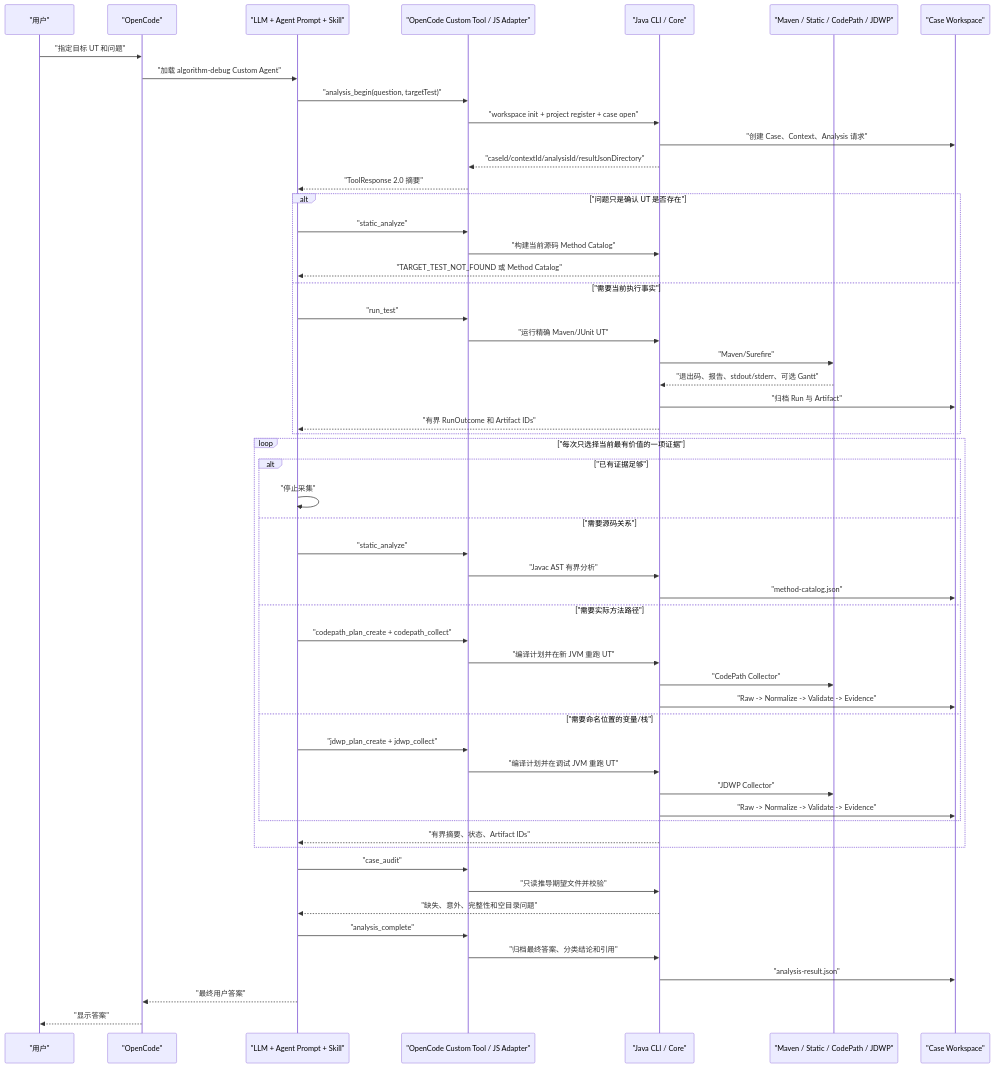
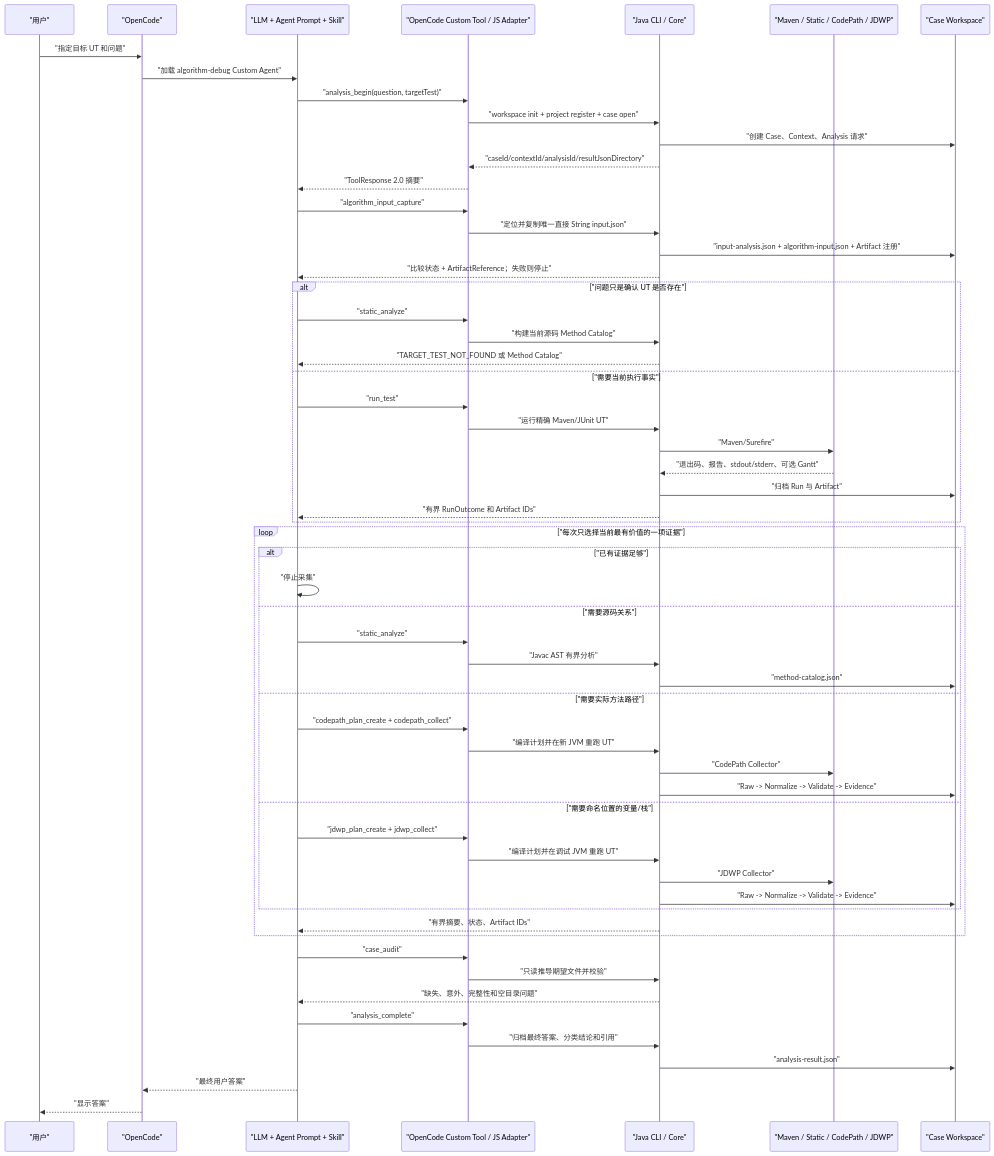
The diagram in docs/algorithm-debug-workflow-and-artifacts.md (mh90901119-oss/algorithm-debug-agent), drawn with Mermaid before and after one commit. The commit also changed other lines of this file and 71 other files, not shown here.

Commit message:
feat: add algorithm input capture and portable lifecycle

````diff
--- a/docs/algorithm-debug-workflow-and-artifacts.md
+++ b/docs/algorithm-debug-workflow-and-artifacts.md
@@ -15,61 +15,66 @@
 ```mermaid
 sequenceDiagram
     participant U as "用户"
     participant O as "OpenCode"
     participant L as "LLM + Agent Prompt + Skill"
     participant T as "OpenCode Custom Tool / JS Adapter"
     participant C as "Java CLI / Core"
     participant P as "Maven / Static / CodePath / JDWP"
     participant W as "Case Workspace"
 
     U->>O: "指定目标 UT 和问题"
     O->>L: "加载 algorithm-debug Custom Agent"
     L->>T: "analysis_begin(question, targetTest)"
     T->>C: "workspace init + project register + case open"
     C->>W: "创建 Case、Context、Analysis 请求"
     C-->>T: "caseId/contextId/analysisId/resultJsonDirectory"
     T-->>L: "ToolResponse 2.0 摘要"
+
+    L->>T: "algorithm_input_capture"
+    T->>C: "定位并复制唯一直接 String input.json"
+    C->>W: "input-analysis.json + algorithm-input.json + Artifact 注册"
+    C-->>L: "比较状态 + ArtifactReference；失败则停止"
 
     alt "问题只是确认 UT 是否存在"
         L->>T: "static_analyze"
         T->>C: "构建当前源码 Method Catalog"
         C-->>L: "TARGET_TEST_NOT_FOUND 或 Method Catalog"
     else "需要当前执行事实"
         L->>T: "run_test"
         T->>C: "运行精确 Maven/JUnit UT"
         C->>P: "Maven/Surefire"
         P-->>C: "退出码、报告、stdout/stderr、可选 Gantt"
         C->>W: "归档 Run 与 Artifact"
         C-->>L: "有界 RunOutcome 和 Artifact IDs"
     end
 
     loop "每次只选择当前最有价值的一项证据"
         alt "已有证据足够"
             L->>L: "停止采集"
         else "需要源码关系"
             L->>T: "static_analyze"
             T->>C: "Javac AST 有界分析"
             C->>W: "method-catalog.json"
         else "需要实际方法路径"
             L->>T: "codepath_plan_create + codepath_collect"
             T->>C: "编译计划并在新 JVM 重跑 UT"
             C->>P: "CodePath Collector"
             C->>W: "Raw -> Normalize -> Validate -> Evidence"
         else "需要命名位置的变量/栈"
             L->>T: "jdwp_plan_create + jdwp_collect"
             T->>C: "编译计划并在调试 JVM 重跑 UT"
             C->>P: "JDWP Collector"
             C->>W: "Raw -> Normalize -> Validate -> Evidence"
         end
         C-->>L: "有界摘要、状态、Artifact IDs"
     end
 
     L->>T: "case_audit"
     T->>C: "只读推导期望文件并校验"
     C-->>L: "缺失、意外、完整性和空目录问题"
     L->>T: "analysis_complete"
     T->>C: "归档最终答案、分类结论和引用"
     C->>W: "analysis-result.json"
     L-->>O: "最终用户答案"
     O-->>U: "显示答案"
 ```
````
